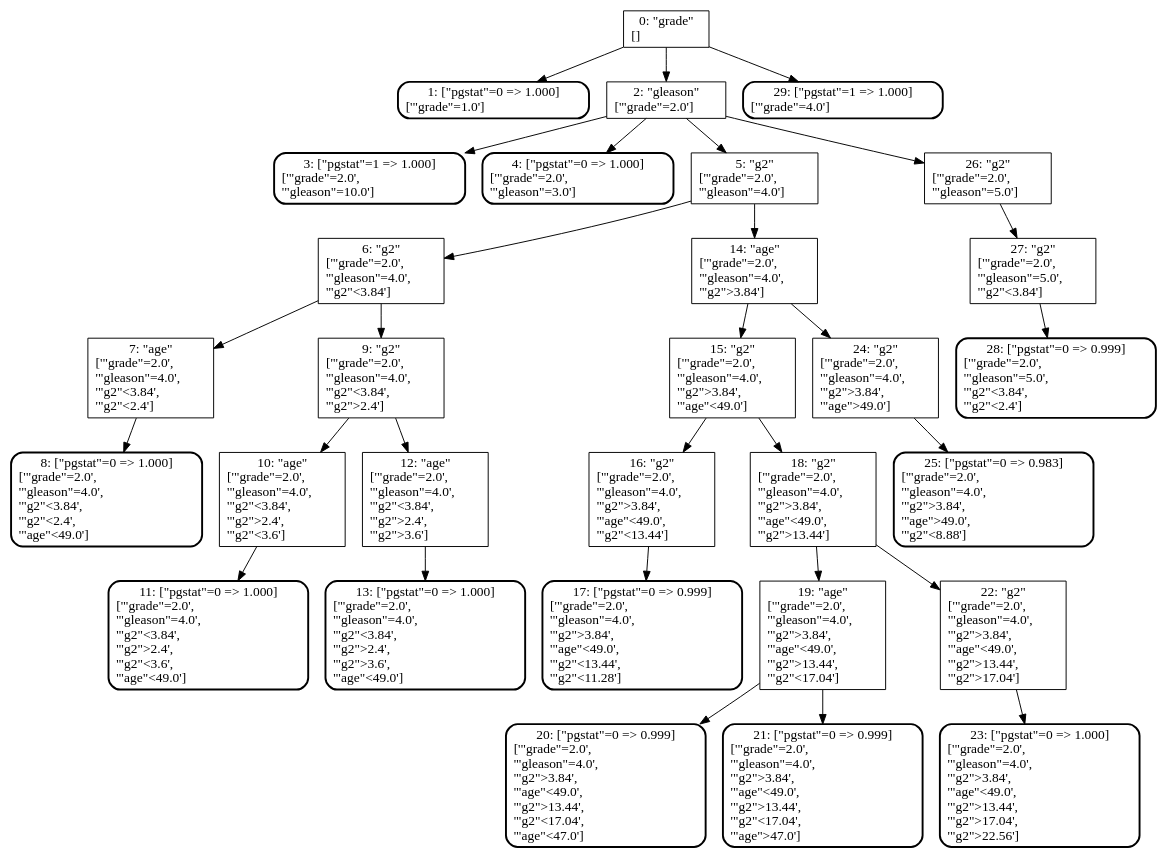
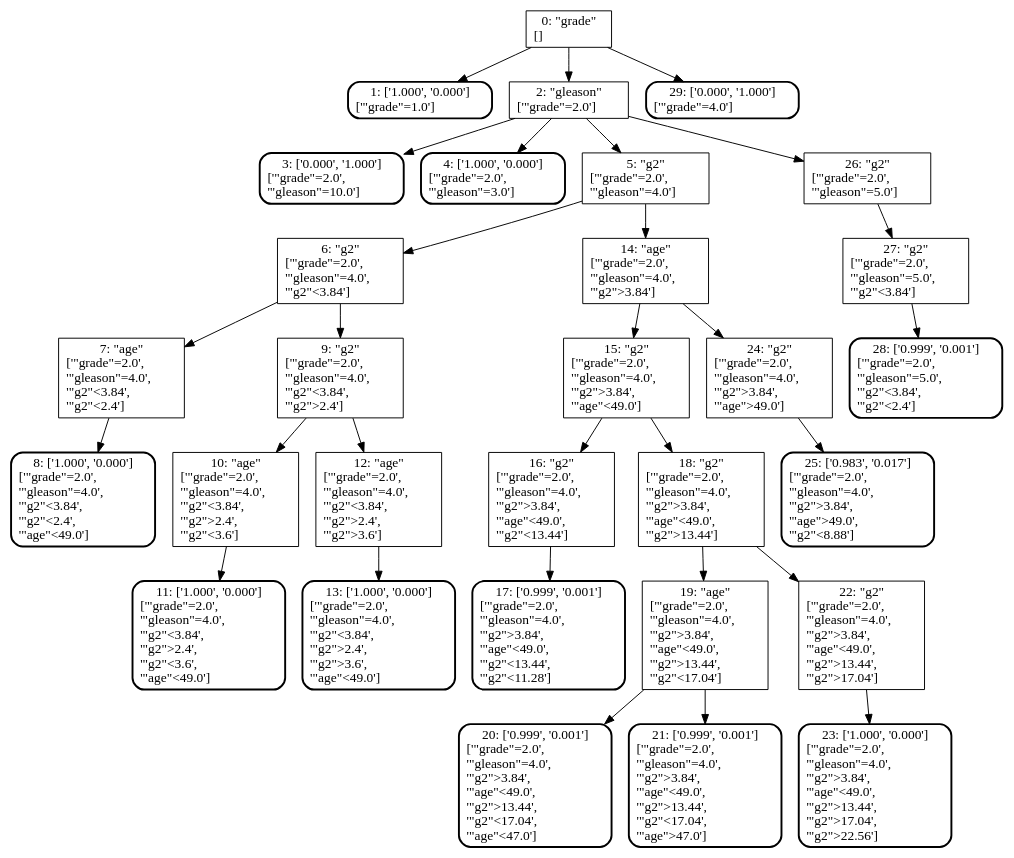
The diagram in test_get_dot.dot (ashhale/Answer-Me-This), drawn with Graphviz before and after one commit. The commit also changed 12 other files, not shown here.

```diff
--- a/test_get_dot.dot
+++ b/test_get_dot.dot
@@ -1,62 +1,62 @@
 digraph G {
   node [shape=box]
   "NODE 0" [label="0: \"grade\"\n[]\l"]
     "NODE 0" -> "NODE 1";
     "NODE 0" -> "NODE 2";
     "NODE 0" -> "NODE 29";
-  "NODE 1" [label="1: [\"pgstat\"=0 => 1.000]\n['\"grade\"=1.0']\l"; style="rounded, bold"]
+  "NODE 1" [label="1: ['1.000', '0.000']\n['\"grade\"=1.0']\l"; style="rounded, bold"]
   "NODE 2" [label="2: \"gleason\"\n['\"grade\"=2.0']\l"]
     "NODE 2" -> "NODE 3";
     "NODE 2" -> "NODE 4";
     "NODE 2" -> "NODE 5";
     "NODE 2" -> "NODE 26";
-  "NODE 3" [label="3: [\"pgstat\"=1 => 1.000]\n['\"grade\"=2.0',\l'\"gleason\"=10.0']\l"; style="rounded, bold"]
-  "NODE 4" [label="4: [\"pgstat\"=0 => 1.000]\n['\"grade\"=2.0',\l'\"gleason\"=3.0']\l"; style="rounded, bold"]
+  "NODE 3" [label="3: ['0.000', '1.000']\n['\"grade\"=2.0',\l'\"gleason\"=10.0']\l"; style="rounded, bold"]
+  "NODE 4" [label="4: ['1.000', '0.000']\n['\"grade\"=2.0',\l'\"gleason\"=3.0']\l"; style="rounded, bold"]
   "NODE 5" [label="5: \"g2\"\n['\"grade\"=2.0',\l'\"gleason\"=4.0']\l"]
     "NODE 5" -> "NODE 6";
     "NODE 5" -> "NODE 14";
   "NODE 6" [label="6: \"g2\"\n['\"grade\"=2.0',\l'\"gleason\"=4.0',\l'\"g2\"<3.84']\l"]
     "NODE 6" -> "NODE 7";
     "NODE 6" -> "NODE 9";
   "NODE 7" [label="7: \"age\"\n['\"grade\"=2.0',\l'\"gleason\"=4.0',\l'\"g2\"<3.84',\l'\"g2\"<2.4']\l"]
     "NODE 7" -> "NODE 8";
-  "NODE 8" [label="8: [\"pgstat\"=0 => 1.000]\n['\"grade\"=2.0',\l'\"gleason\"=4.0',\l'\"g2\"<3.84',\l'\"g2\"<2.4',\l'\"age\"<49.0']\l"; style="rounded, bold"]
+  "NODE 8" [label="8: ['1.000', '0.000']\n['\"grade\"=2.0',\l'\"gleason\"=4.0',\l'\"g2\"<3.84',\l'\"g2\"<2.4',\l'\"age\"<49.0']\l"; style="rounded, bold"]
   "NODE 9" [label="9: \"g2\"\n['\"grade\"=2.0',\l'\"gleason\"=4.0',\l'\"g2\"<3.84',\l'\"g2\">2.4']\l"]
     "NODE 9" -> "NODE 10";
     "NODE 9" -> "NODE 12";
   "NODE 10" [label="10: \"age\"\n['\"grade\"=2.0',\l'\"gleason\"=4.0',\l'\"g2\"<3.84',\l'\"g2\">2.4',\l'\"g2\"<3.6']\l"]
     "NODE 10" -> "NODE 11";
-  "NODE 11" [label="11: [\"pgstat\"=0 => 1.000]\n['\"grade\"=2.0',\l'\"gleason\"=4.0',\l'\"g2\"<3.84',\l'\"g2\">2.4',\l'\"g2\"<3.6',\l'\"age\"<49.0']\l"; style="rounded, bold"]
+  "NODE 11" [label="11: ['1.000', '0.000']\n['\"grade\"=2.0',\l'\"gleason\"=4.0',\l'\"g2\"<3.84',\l'\"g2\">2.4',\l'\"g2\"<3.6',\l'\"age\"<49.0']\l"; style="rounded, bold"]
   "NODE 12" [label="12: \"age\"\n['\"grade\"=2.0',\l'\"gleason\"=4.0',\l'\"g2\"<3.84',\l'\"g2\">2.4',\l'\"g2\">3.6']\l"]
     "NODE 12" -> "NODE 13";
-  "NODE 13" [label="13: [\"pgstat\"=0 => 1.000]\n['\"grade\"=2.0',\l'\"gleason\"=4.0',\l'\"g2\"<3.84',\l'\"g2\">2.4',\l'\"g2\">3.6',\l'\"age\"<49.0']\l"; style="rounded, bold"]
+  "NODE 13" [label="13: ['1.000', '0.000']\n['\"grade\"=2.0',\l'\"gleason\"=4.0',\l'\"g2\"<3.84',\l'\"g2\">2.4',\l'\"g2\">3.6',\l'\"age\"<49.0']\l"; style="rounded, bold"]
   "NODE 14" [label="14: \"age\"\n['\"grade\"=2.0',\l'\"gleason\"=4.0',\l'\"g2\">3.84']\l"]
     "NODE 14" -> "NODE 15";
     "NODE 14" -> "NODE 24";
   "NODE 15" [label="15: \"g2\"\n['\"grade\"=2.0',\l'\"gleason\"=4.0',\l'\"g2\">3.84',\l'\"age\"<49.0']\l"]
     "NODE 15" -> "NODE 16";
     "NODE 15" -> "NODE 18";
   "NODE 16" [label="16: \"g2\"\n['\"grade\"=2.0',\l'\"gleason\"=4.0',\l'\"g2\">3.84',\l'\"age\"<49.0',\l'\"g2\"<13.44']\l"]
     "NODE 16" -> "NODE 17";
-  "NODE 17" [label="17: [\"pgstat\"=0 => 0.999]\n['\"grade\"=2.0',\l'\"gleason\"=4.0',\l'\"g2\">3.84',\l'\"age\"<49.0',\l'\"g2\"<13.44',\l'\"g2\"<11.28']\l"; style="rounded, bold"]
+  "NODE 17" [label="17: ['0.999', '0.001']\n['\"grade\"=2.0',\l'\"gleason\"=4.0',\l'\"g2\">3.84',\l'\"age\"<49.0',\l'\"g2\"<13.44',\l'\"g2\"<11.28']\l"; style="rounded, bold"]
   "NODE 18" [label="18: \"g2\"\n['\"grade\"=2.0',\l'\"gleason\"=4.0',\l'\"g2\">3.84',\l'\"age\"<49.0',\l'\"g2\">13.44']\l"]
     "NODE 18" -> "NODE 19";
     "NODE 18" -> "NODE 22";
   "NODE 19" [label="19: \"age\"\n['\"grade\"=2.0',\l'\"gleason\"=4.0',\l'\"g2\">3.84',\l'\"age\"<49.0',\l'\"g2\">13.44',\l'\"g2\"<17.04']\l"]
     "NODE 19" -> "NODE 20";
     "NODE 19" -> "NODE 21";
-  "NODE 20" [label="20: [\"pgstat\"=0 => 0.999]\n['\"grade\"=2.0',\l'\"gleason\"=4.0',\l'\"g2\">3.84',\l'\"age\"<49.0',\l'\"g2\">13.44',\l'\"g2\"<17.04',\l'\"age\"<47.0']\l"; style="rounded, bold"]
-  "NODE 21" [label="21: [\"pgstat\"=0 => 0.999]\n['\"grade\"=2.0',\l'\"gleason\"=4.0',\l'\"g2\">3.84',\l'\"age\"<49.0',\l'\"g2\">13.44',\l'\"g2\"<17.04',\l'\"age\">47.0']\l"; style="rounded, bold"]
+  "NODE 20" [label="20: ['0.999', '0.001']\n['\"grade\"=2.0',\l'\"gleason\"=4.0',\l'\"g2\">3.84',\l'\"age\"<49.0',\l'\"g2\">13.44',\l'\"g2\"<17.04',\l'\"age\"<47.0']\l"; style="rounded, bold"]
+  "NODE 21" [label="21: ['0.999', '0.001']\n['\"grade\"=2.0',\l'\"gleason\"=4.0',\l'\"g2\">3.84',\l'\"age\"<49.0',\l'\"g2\">13.44',\l'\"g2\"<17.04',\l'\"age\">47.0']\l"; style="rounded, bold"]
   "NODE 22" [label="22: \"g2\"\n['\"grade\"=2.0',\l'\"gleason\"=4.0',\l'\"g2\">3.84',\l'\"age\"<49.0',\l'\"g2\">13.44',\l'\"g2\">17.04']\l"]
     "NODE 22" -> "NODE 23";
-  "NODE 23" [label="23: [\"pgstat\"=0 => 1.000]\n['\"grade\"=2.0',\l'\"gleason\"=4.0',\l'\"g2\">3.84',\l'\"age\"<49.0',\l'\"g2\">13.44',\l'\"g2\">17.04',\l'\"g2\">22.56']\l"; style="rounded, bold"]
+  "NODE 23" [label="23: ['1.000', '0.000']\n['\"grade\"=2.0',\l'\"gleason\"=4.0',\l'\"g2\">3.84',\l'\"age\"<49.0',\l'\"g2\">13.44',\l'\"g2\">17.04',\l'\"g2\">22.56']\l"; style="rounded, bold"]
   "NODE 24" [label="24: \"g2\"\n['\"grade\"=2.0',\l'\"gleason\"=4.0',\l'\"g2\">3.84',\l'\"age\">49.0']\l"]
     "NODE 24" -> "NODE 25";
-  "NODE 25" [label="25: [\"pgstat\"=0 => 0.983]\n['\"grade\"=2.0',\l'\"gleason\"=4.0',\l'\"g2\">3.84',\l'\"age\">49.0',\l'\"g2\"<8.88']\l"; style="rounded, bold"]
+  "NODE 25" [label="25: ['0.983', '0.017']\n['\"grade\"=2.0',\l'\"gleason\"=4.0',\l'\"g2\">3.84',\l'\"age\">49.0',\l'\"g2\"<8.88']\l"; style="rounded, bold"]
   "NODE 26" [label="26: \"g2\"\n['\"grade\"=2.0',\l'\"gleason\"=5.0']\l"]
     "NODE 26" -> "NODE 27";
   "NODE 27" [label="27: \"g2\"\n['\"grade\"=2.0',\l'\"gleason\"=5.0',\l'\"g2\"<3.84']\l"]
     "NODE 27" -> "NODE 28";
-  "NODE 28" [label="28: [\"pgstat\"=0 => 0.999]\n['\"grade\"=2.0',\l'\"gleason\"=5.0',\l'\"g2\"<3.84',\l'\"g2\"<2.4']\l"; style="rounded, bold"]
-  "NODE 29" [label="29: [\"pgstat\"=1 => 1.000]\n['\"grade\"=4.0']\l"; style="rounded, bold"]
+  "NODE 28" [label="28: ['0.999', '0.001']\n['\"grade\"=2.0',\l'\"gleason\"=5.0',\l'\"g2\"<3.84',\l'\"g2\"<2.4']\l"; style="rounded, bold"]
+  "NODE 29" [label="29: ['0.000', '1.000']\n['\"grade\"=4.0']\l"; style="rounded, bold"]
 }
```
